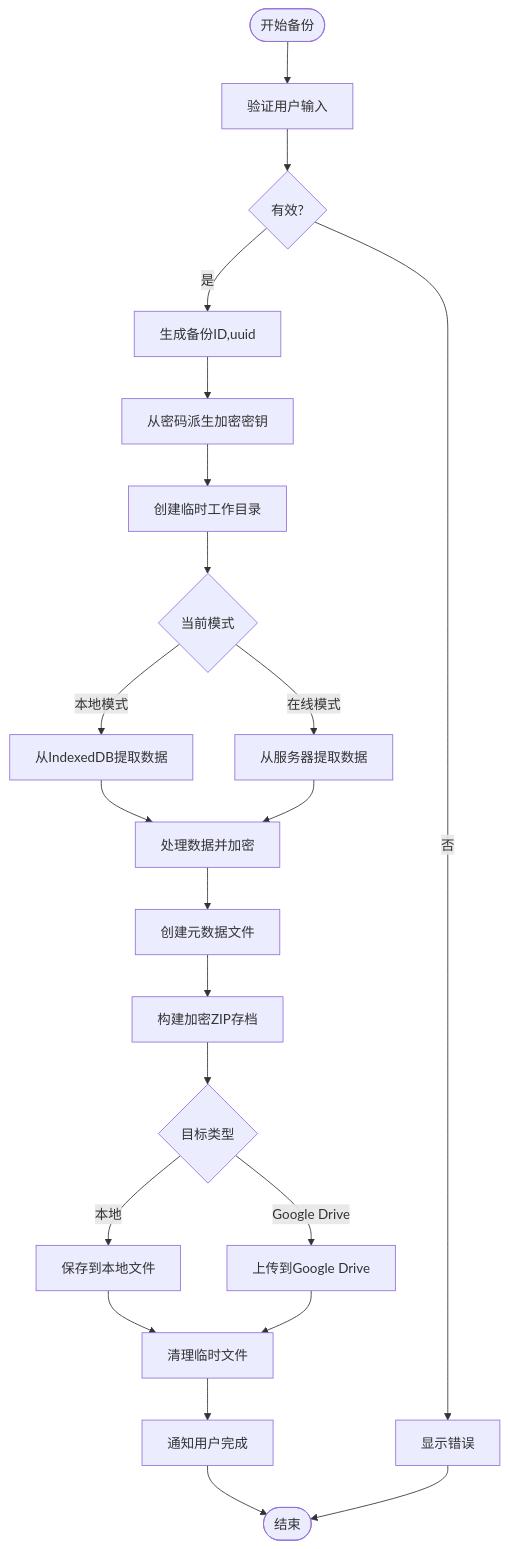
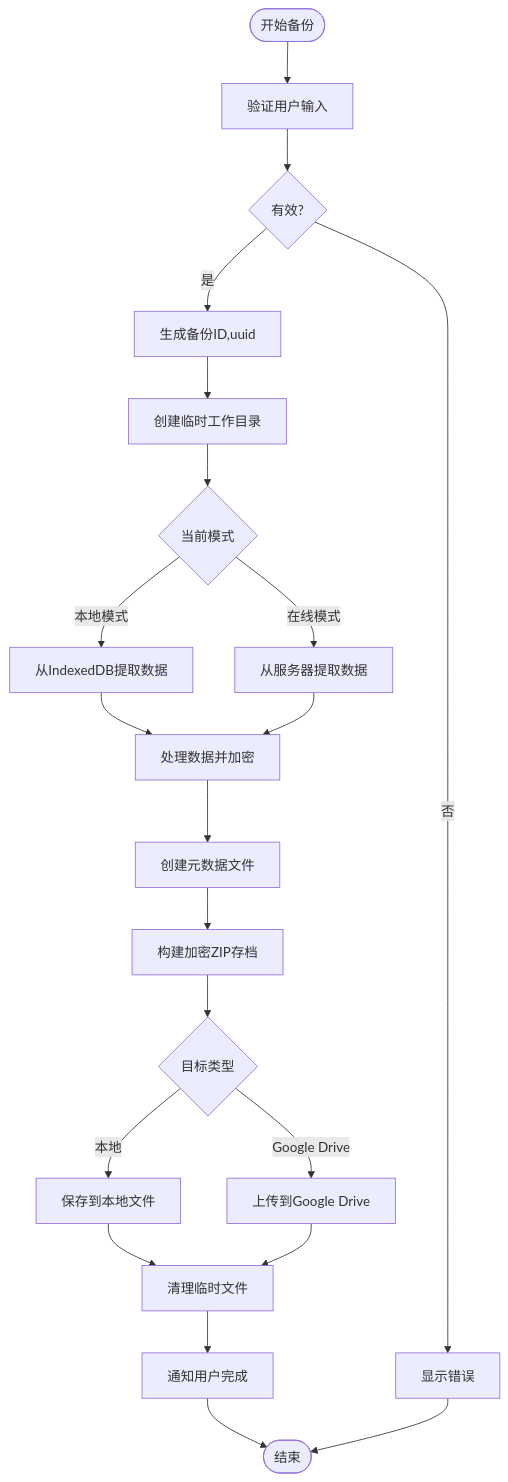
The diagram in all/未命名-56.md (yingjianzh/iodraw-files), drawn with Mermaid before and after one commit.

Commit message:
2025-05-12 14:06:31 update

````diff
--- a/all/未命名-56.md
+++ b/all/未命名-56.md
@@ -1,34 +1,33 @@
 ```mermaid
 
 flowchart TD
     Start([开始备份]) --> ValidateInput[验证用户输入]
     ValidateInput --> InputValid{有效?}
     InputValid -->|否| ShowError[显示错误]
     InputValid -->|是| GenerateBackupID[生成备份ID,uuid]
     
-    GenerateBackupID --> DeriveKey[从密码派生加密密钥]
-    DeriveKey --> CreateTemp[创建临时工作目录]
+    GenerateBackupID --> CreateTemp[创建临时工作目录]
     
     CreateTemp --> CheckMode{当前模式}
     CheckMode -->|本地模式| ExtractFromIndexedDB[从IndexedDB提取数据]
     CheckMode -->|在线模式| ExtractFromServer[从服务器提取数据]
     
     ExtractFromIndexedDB --> ProcessData[处理数据并加密]
     ExtractFromServer --> ProcessData
     
     ProcessData --> CreateMetadata[创建元数据文件]
     CreateMetadata --> BuildArchive[构建加密ZIP存档]
     
     BuildArchive --> DestinationType{目标类型}
     DestinationType -->|本地| SaveToLocal[保存到本地文件]
     DestinationType -->|Google Drive| UploadToGDrive[上传到Google Drive]
     
     SaveToLocal --> CleanupTemp[清理临时文件]
     UploadToGDrive --> CleanupTemp
     
     CleanupTemp --> NotifyUser[通知用户完成]
     NotifyUser --> End([结束])
     
     ShowError --> End
 
 ```
````
